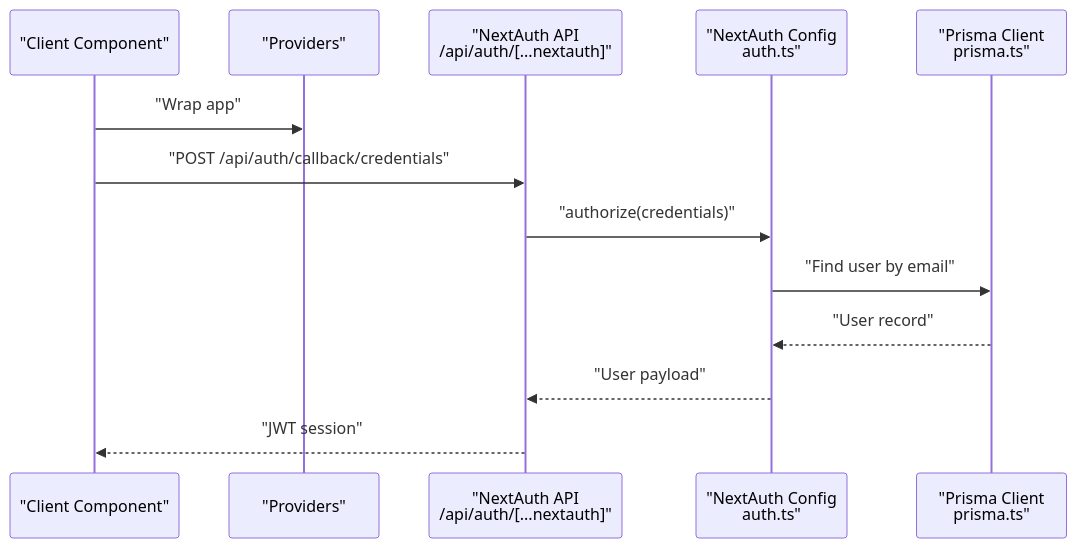
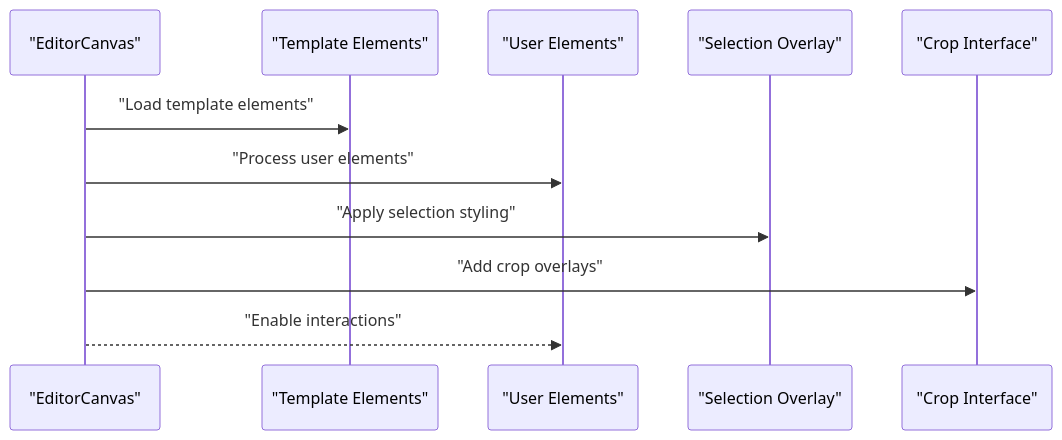
One commit to Crowdspender/titchybooks-app changed the seventh of 13 diagrams in .qoder/repowiki/en/content/Architecture Overview/Architecture Overview.md. Above: the diagram before and after it, drawn with Mermaid. The commit also changed other lines of this file and 62 other files, not shown here.

````diff
--- a/.qoder/repowiki/en/content/Architecture Overview/Architecture Overview.md
+++ b/.qoder/repowiki/en/content/Architecture Overview/Architecture Overview.md
@@ -274,15 +383,13 @@
 ```mermaid
 sequenceDiagram
-participant Client as "Client Component"
-participant Providers as "Providers"
-participant NextAuthAPI as "NextAuth API<br/>/api/auth/[...nextauth]"
-participant Auth as "NextAuth Config<br/>auth.ts"
-participant Prisma as "Prisma Client<br/>prisma.ts"
-Client->>Providers : "Wrap app"
-Client->>NextAuthAPI : "POST /api/auth/callback/credentials"
-NextAuthAPI->>Auth : "authorize(credentials)"
-Auth->>Prisma : "Find user by email"
-Prisma-->>Auth : "User record"
-Auth-->>NextAuthAPI : "User payload"
-NextAuthAPI-->>Client : "JWT session"
+participant Canvas as "EditorCanvas"
+participant Template as "Template Elements"
+participant User as "User Elements"
+participant Selection as "Selection Overlay"
+participant Crop as "Crop Interface"
+Canvas->>Template : "Load template elements"
+Canvas->>User : "Process user elements"
+Canvas->>Selection : "Apply selection styling"
+Canvas->>Crop : "Add crop overlays"
+Canvas-->>User : "Enable interactions"
 ```
````
